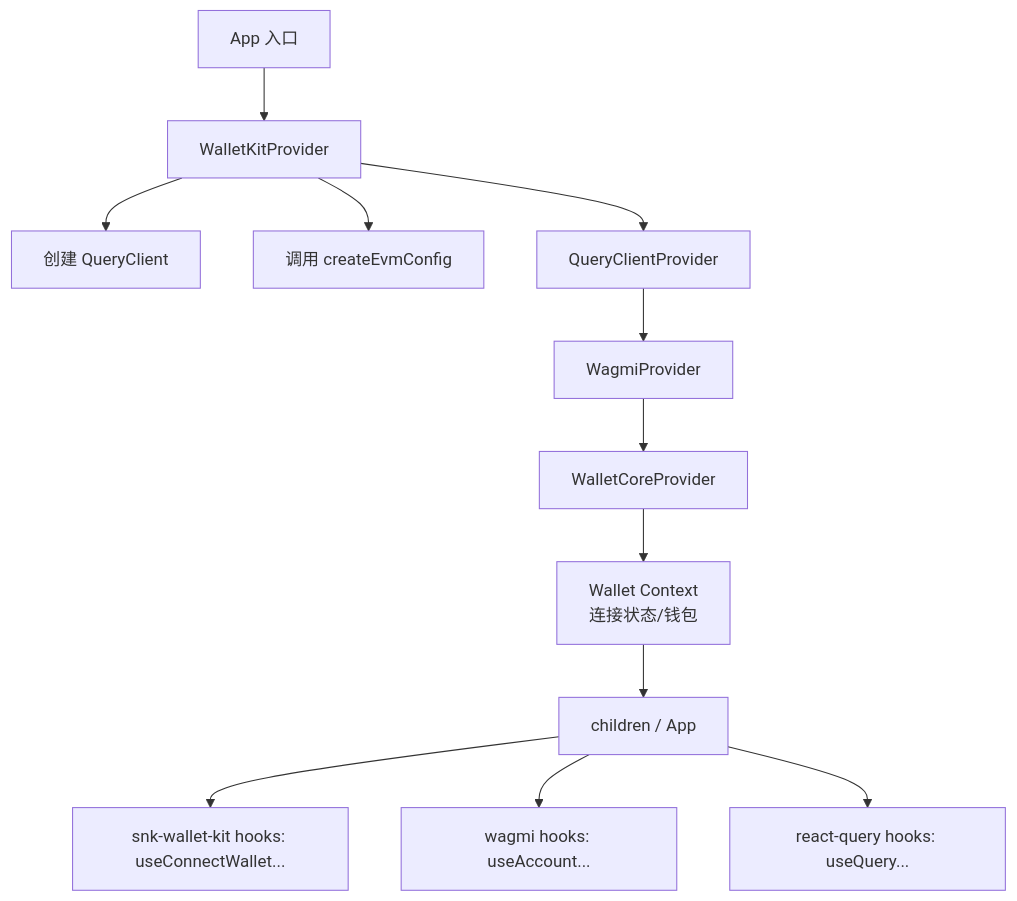
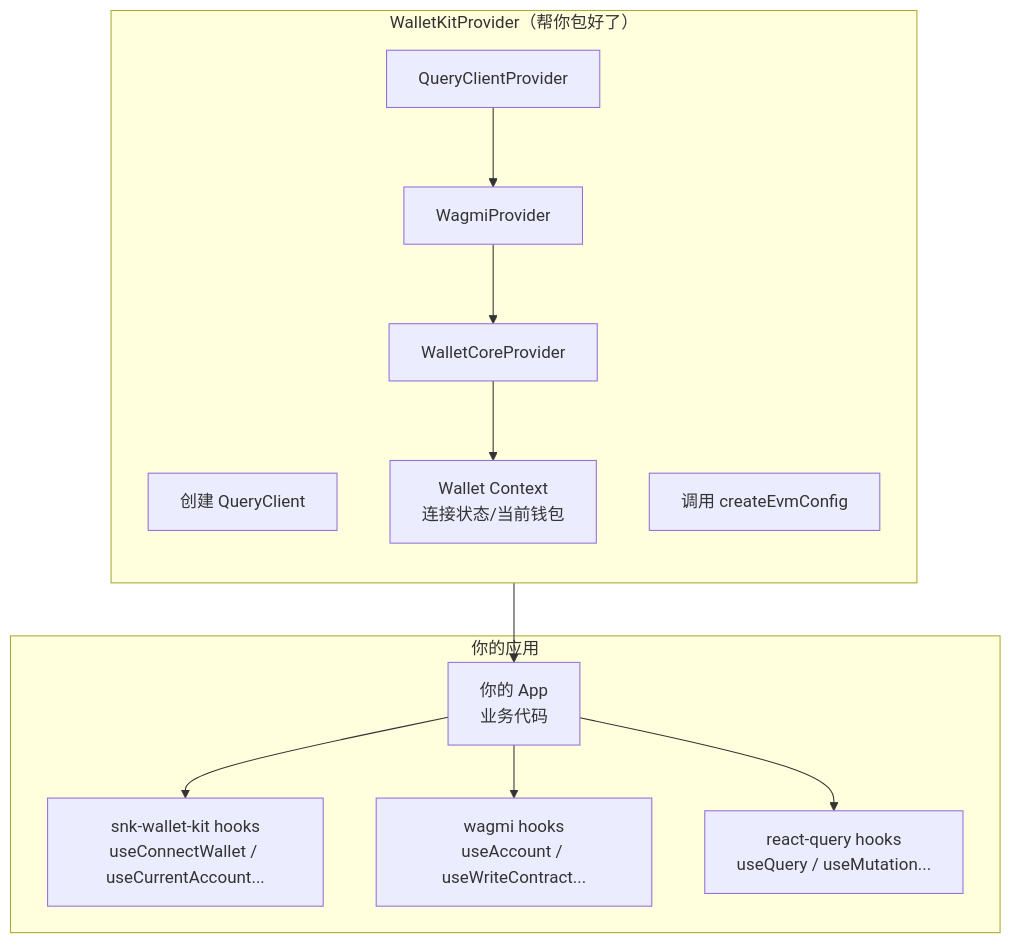
The first of 2 diagrams in docs/fix-bug/5-15.md (0xSnickers/snk-wallet-kit), drawn with Mermaid before and after one commit. The commit also changed other lines of this file, not shown here.

Commit message:
docs: 优化流程图，更清晰直观

````diff
--- a/docs/fix-bug/5-15.md
+++ b/docs/fix-bug/5-15.md
@@ -134,14 +136,27 @@
 ```mermaid
-graph TD
-    A[App 入口] --> B[WalletKitProvider]
-    B --> C[创建 QueryClient]
-    B --> D[调用 createEvmConfig]
-    B --> E[QueryClientProvider]
-    E --> F[WagmiProvider]
-    F --> G[WalletCoreProvider]
-    G --> H[Wallet Context<br/>连接状态/钱包]
-    H --> I[children / App]
-    I --> J[snk-wallet-kit hooks: useConnectWallet...]
-    I --> K[wagmi hooks: useAccount...]
-    I --> L[react-query hooks: useQuery...]
+graph TB
+    subgraph "你的应用"
+        App[你的 App<br/>业务代码]
+        Hooks1[snk-wallet-kit hooks<br/>useConnectWallet / useCurrentAccount...]
+        Hooks2[wagmi hooks<br/>useAccount / useWriteContract...]
+        Hooks3[react-query hooks<br/>useQuery / useMutation...]
+    end
+
+    subgraph "WalletKitProvider（帮你包好了）"
+        direction TB
+        QC[创建 QueryClient]
+        WC[调用 createEvmConfig]
+        QCP[QueryClientProvider]
+        WP[WagmiProvider]
+        WCP[WalletCoreProvider]
+        WCtx[Wallet Context<br/>连接状态/当前钱包]
+    end
+
+    App --> Hooks1
+    App --> Hooks2
+    App --> Hooks3
+    QCP --> WP
+    WP --> WCP
+    WCP --> WCtx
+    WCtx --> App
 ```
````
